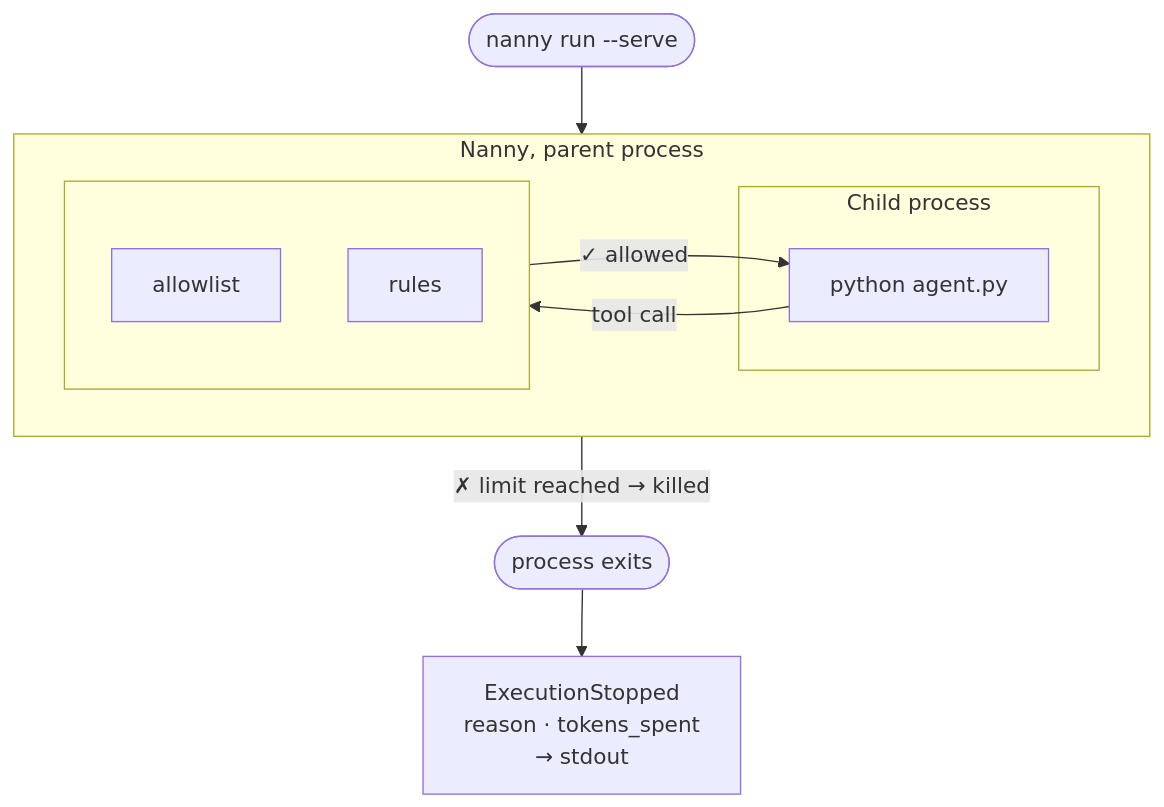
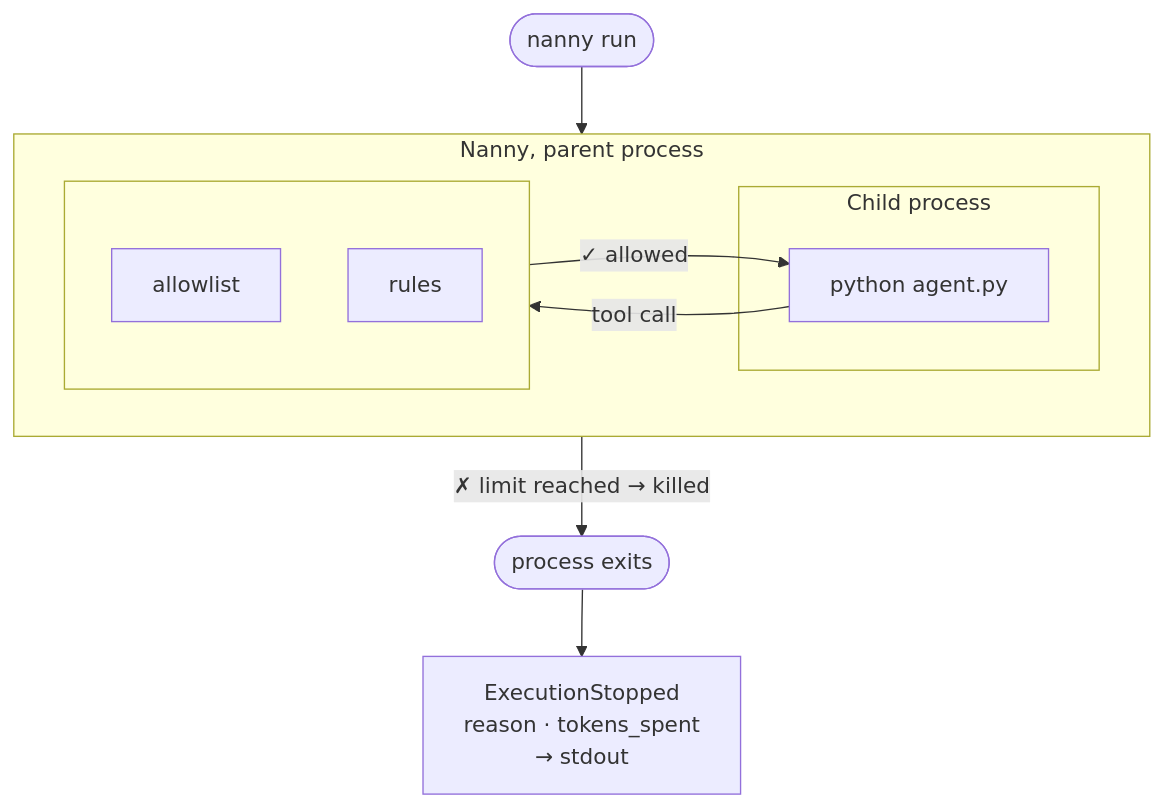
One commit to nanny-run/nanny changed the diagram in README.md. Above: the diagram before and after it, drawn with Mermaid. The commit also changed other lines of this file and 20 other files, not shown here.

````diff
--- a/README.md
+++ b/README.md
@@ -49,25 +49,25 @@
 ```mermaid
 flowchart TD
-    CMD(["nanny run --serve"])
+    CMD(["nanny run"])
     CMD --> NANNY
 
     subgraph NANNY["Nanny, parent process"]
         direction LR
 
         subgraph CHILD["Child process"]
             AGENT["python agent.py"]
         end
 
         subgraph ENFORCE[" "]
             direction TB
             ALLOW["allowlist"]
             RULES["rules"]
         end
 
         AGENT -- "tool call" --> ENFORCE
         ENFORCE -- "✓  allowed" --> AGENT
     end
 
     ENFORCE -- "✗  limit reached → killed" --> DEAD(["process exits"])
     DEAD --> LOG["ExecutionStopped\nreason · tokens_spent\n→ stdout"]
 ```
````
